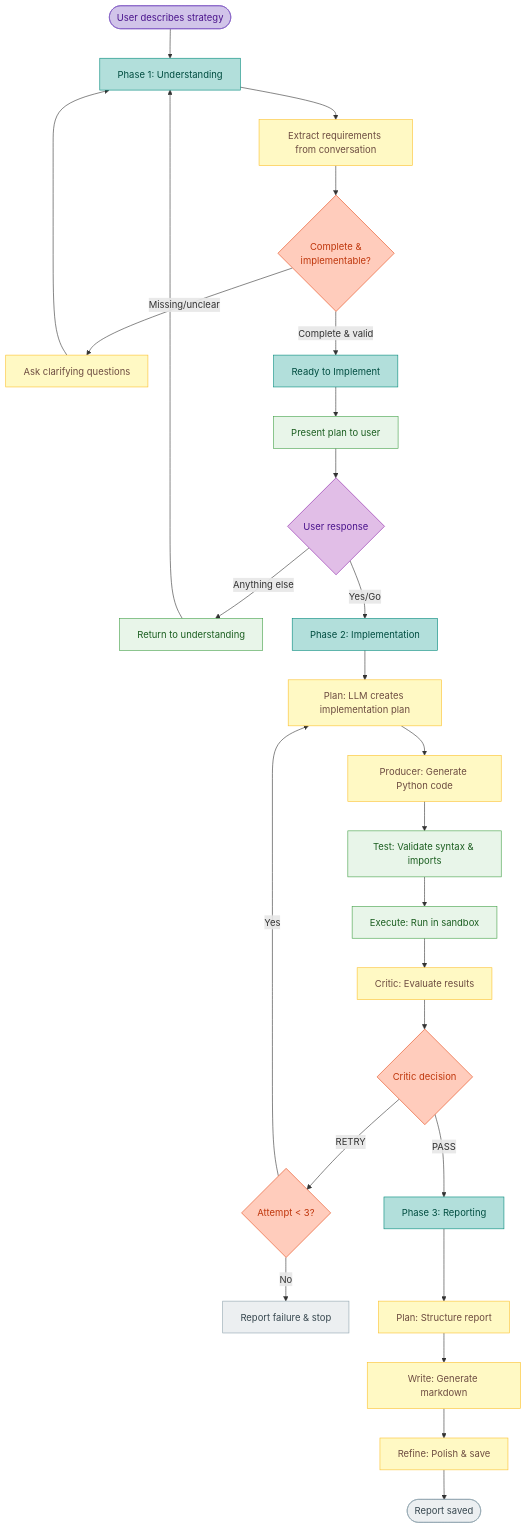
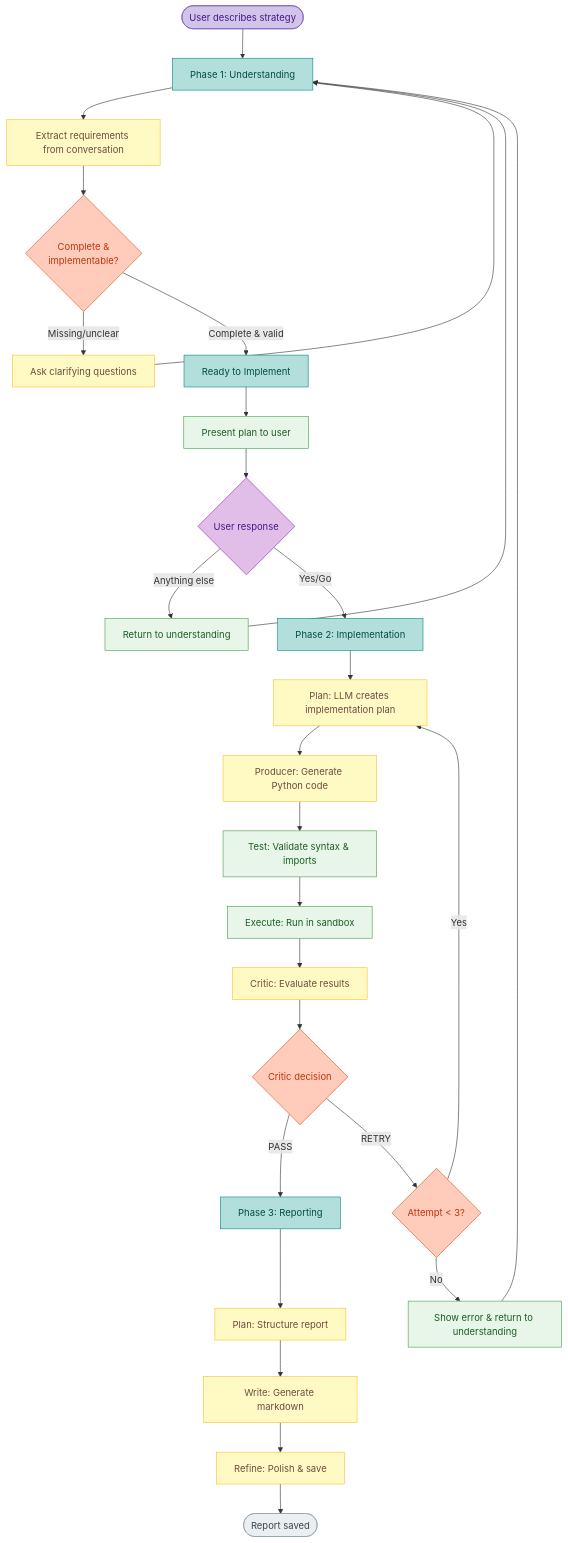
One commit to artvandelay/agentic-backtesting changed the diagram in README.md. Above: the diagram before and after it, drawn with Mermaid. The commit also changed other lines of this file and 2 other files, not shown here.

Commit message:
feat: Add failure recovery after 3 implementation attempts
After 3 failed code generation attempts, instead of stopping with an error,
the system now returns to the understanding phase with full context.

Changes:
- Modified _phase2_implementation to return to understanding on failure
- System maintains full history, requirements, and error context
- LLM can help user modify strategy or requirements
- Updated README diagram to show failure recovery loop
- Added documentation for failure recovery feature

Benefits:
- Better user experience - no dead ends
- User can modify strategy based on error feedback
- LLM has full context to suggest improvements
- Only 5 lines of code added

Test:
- Added test_failure_recovery.py
- Confirms phase transition to understanding
- Confirms error message shown
- Confirms LLM engagement

````diff
--- a/README.md
+++ b/README.md
@@ -86,53 +86,54 @@
 ```mermaid
 graph TD
     Start([User describes strategy]) --> P1[Phase 1: Understanding]
     P1 --> Extract[Extract requirements from conversation]
     Extract --> Check{Complete &<br/>implementable?}
     
     Check -->|Missing/unclear| Ask[Ask clarifying questions]
     Ask --> P1
     
     Check -->|Complete & valid| Ready[Ready to Implement]
     Ready --> Present[Present plan to user]
     Present --> Response{User response}
     
     Response -->|Anything else| BackToP1[Return to understanding]
     BackToP1 --> P1
     Response -->|Yes/Go| P2[Phase 2: Implementation]
     
     P2 --> Plan[Plan: LLM creates implementation plan]
     Plan --> Code[Producer: Generate Python code]
     Code --> Test[Test: Validate syntax & imports]
     Test --> Execute[Execute: Run in sandbox]
     Execute --> Critic[Critic: Evaluate results]
     Critic --> Decision{Critic decision}
     
     Decision -->|PASS| P3[Phase 3: Reporting]
     Decision -->|RETRY| Count{Attempt < 3?}
     Count -->|Yes| Plan
-    Count -->|No| Fail[Report failure & stop]
+    Count -->|No| FailBack[Show error & return to understanding]
+    FailBack --> P1
     
     P3 --> ReportPlan[Plan: Structure report]
     ReportPlan --> Write[Write: Generate markdown]
     Write --> Refine[Refine: Polish & save]
     Refine --> Done([Report saved])
 
     %% Role-based styling
     classDef user fill:#d1c4e9,stroke:#7e57c2,color:#4a148c;
     classDef llm fill:#fff9c4,stroke:#fbc02d,color:#6d4c41;
     classDef system fill:#e8f5e9,stroke:#43a047,color:#1b5e20;
     classDef decision fill:#ffccbc,stroke:#e64a19,color:#bf360c;
     classDef userInput fill:#e1bee7,stroke:#8e24aa,color:#4a148c;
     classDef state fill:#b2dfdb,stroke:#00897b,color:#004d40;
     classDef output fill:#eceff1,stroke:#90a4ae,color:#37474f;
 
     %% Assign roles
     class Start user;
     class P1,P2,P3,Ready state;
     class Extract,Ask,Plan,Code,Critic,ReportPlan,Write,Refine llm;
     class Test,Execute,Present system;
     class Check,Decision,Count decision;
     class Response userInput;
-    class Done,Fail output;
-    class BackToP1 system;
+    class Done output;
+    class BackToP1,FailBack system;
 ```
````
